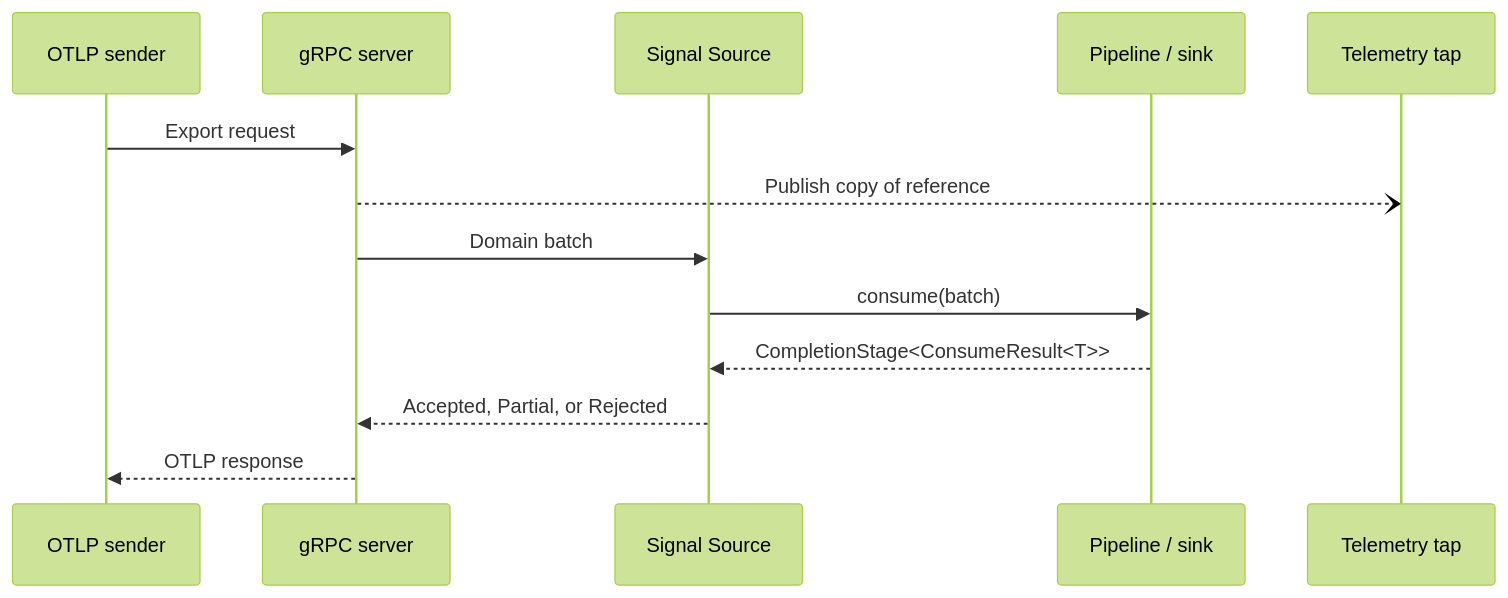
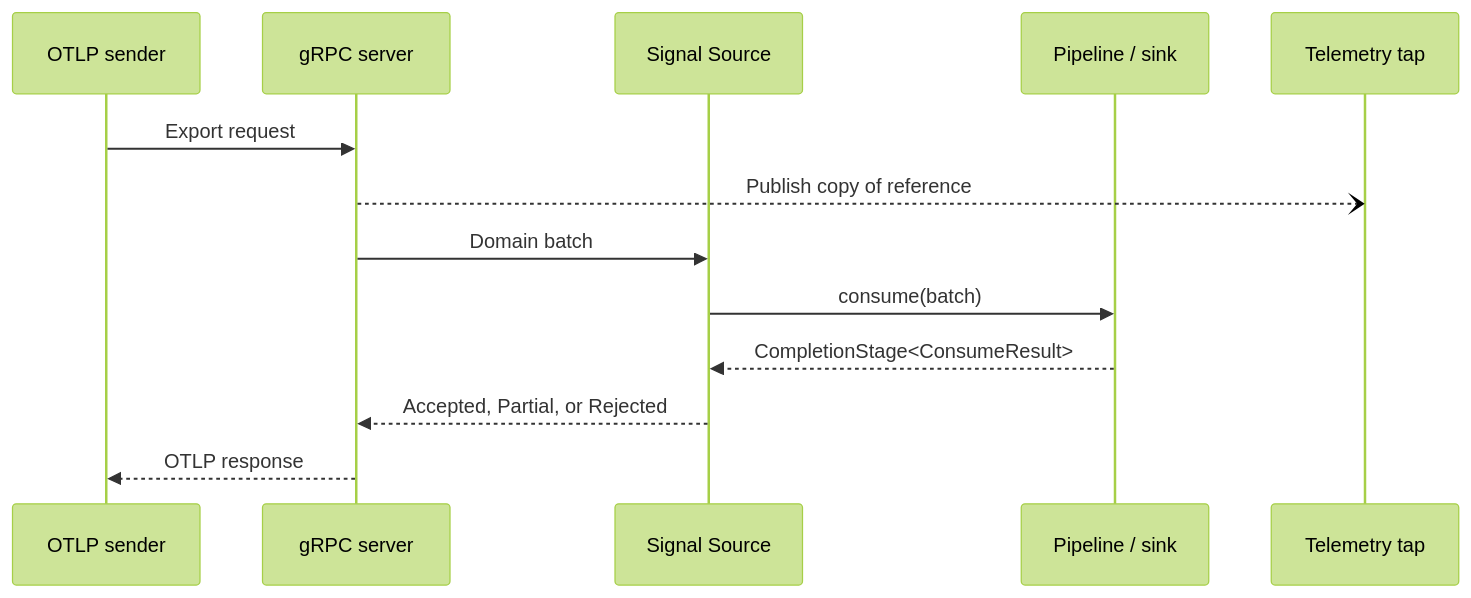
One commit to thiagogcm/otlp4j changed the second of 2 diagrams in docs/architecture.md. Above: the diagram before and after it, drawn with Mermaid (forest theme). The commit also changed other lines of this file and 71 other files, not shown here.

````diff
--- a/docs/architecture.md
+++ b/docs/architecture.md
@@ -31,16 +31,16 @@
 ```mermaid
 sequenceDiagram
     participant Sender as OTLP sender
     participant Server as gRPC server
     participant Source as Signal Source
     participant Sink as Pipeline / sink
     participant Tap as Telemetry tap
 
     Sender->>Server: Export request
     Server--)Tap: Publish copy of reference
     Server->>Source: Domain batch
     Source->>Sink: consume(batch)
-    Sink-->>Source: CompletionStage<ConsumeResult<T>>
+    Sink-->>Source: CompletionStage<ConsumeResult>
     Source-->>Server: Accepted, Partial, or Rejected
     Server-->>Sender: OTLP response
 ```
````
